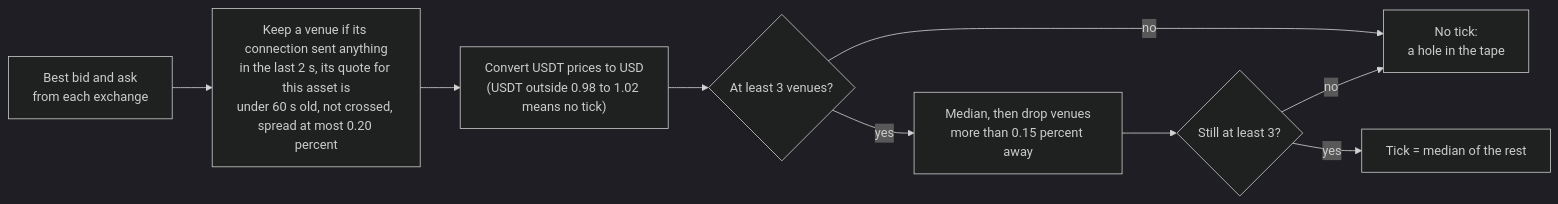
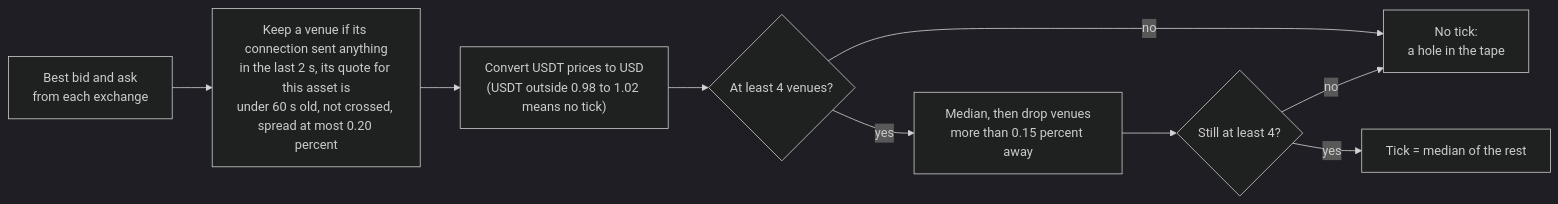
The fourth of 5 diagrams in docs/ARCHITECTURE.md (penguinpecker/hexit), drawn with Mermaid (dark theme) before and after one commit. The commit also changed other lines of this file and 6 other files, not shown here.

````diff
--- a/docs/ARCHITECTURE.md
+++ b/docs/ARCHITECTURE.md
@@ -194,11 +194,11 @@
 ```mermaid
 flowchart LR
   V["Best bid and ask<br/>from each exchange"] --> F["Keep a venue if its connection sent anything<br/>in the last 2 s, its quote for this asset is<br/>under 60 s old, not crossed, spread at most 0.20 percent"]
   F --> U["Convert USDT prices to USD<br/>(USDT outside 0.98 to 1.02 means no tick)"]
-  U --> Q1{"At least 3 venues?"}
+  U --> Q1{"At least 4 venues?"}
   Q1 -->|"no"| H["No tick:<br/>a hole in the tape"]
   Q1 -->|"yes"| M["Median, then drop venues<br/>more than 0.15 percent away"]
-  M --> Q2{"Still at least 3?"}
+  M --> Q2{"Still at least 4?"}
   Q2 -->|"no"| H
   Q2 -->|"yes"| T["Tick = median of the rest"]
 ```
````
